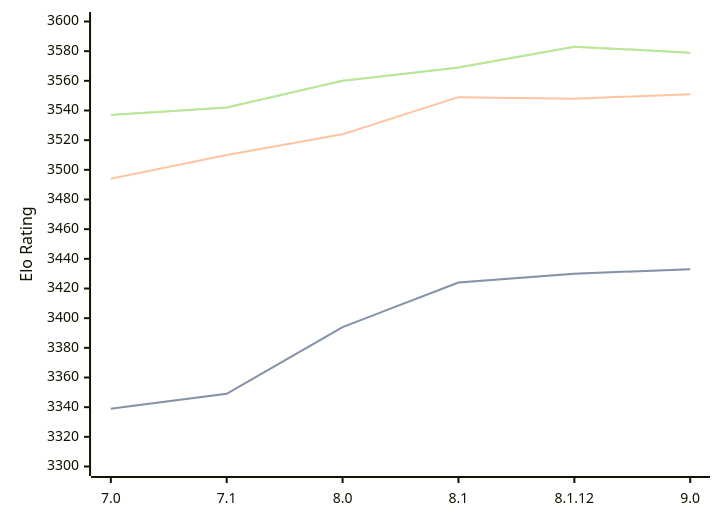
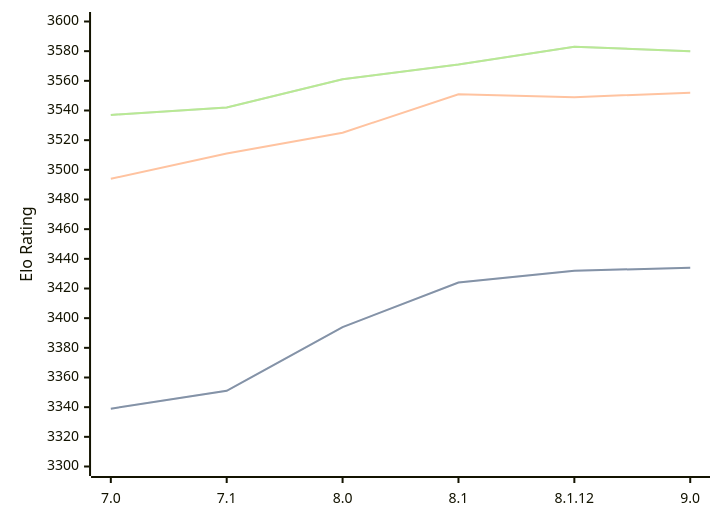
The diagram in engines/Alexandria.md (computer-chess-index/cci), drawn with Mermaid before and after one commit. The commit also changed other lines of this file, not shown here.

Commit message:
Update CCI Ratings (ELO VLTC) - 2026-09-08

````diff
--- a/engines/Alexandria.md
+++ b/engines/Alexandria.md
@@ -36,11 +36,11 @@
 ```mermaid
 %%{init: {"theme":"base","themeVariables":{"seriesColors:['#a3a3a3','#222221','#faa371']}}}%%
 xychart-beta
   x-axis ["7.0", "7.1", "8.0", "8.1", "8.1.12", "9.0"]
   y-axis "Elo Rating" 3300 --> 3600
-  line "" [3339, 3349, 3394, 3424, 3430, 3433]
-  line "STC (8.0+0.08s)" [3339, 3349, 3394, 3424, 3430, 3433]
-  line "LTC (60.0+0.60s)" [3494, 3510, 3524, 3549, 3548, 3551]
-  line "" [3537, 3542, 3560, 3569, 3583, 3579]
-  line "VLTC (2m24s+1.12s)" [3537, 3542, 3560, 3569, 3583, 3579]
+  line "" [3339, 3351, 3394, 3424, 3432, 3434]
+  line "STC (8.0+0.08s)" [3339, 3351, 3394, 3424, 3432, 3434]
+  line "LTC (60.0+0.60s)" [3494, 3511, 3525, 3551, 3549, 3552]
+  line "" [3537, 3542, 3561, 3571, 3583, 3580]
+  line "VLTC (2m24s+1.12s)" [3537, 3542, 3561, 3571, 3583, 3580]
 ```
````
